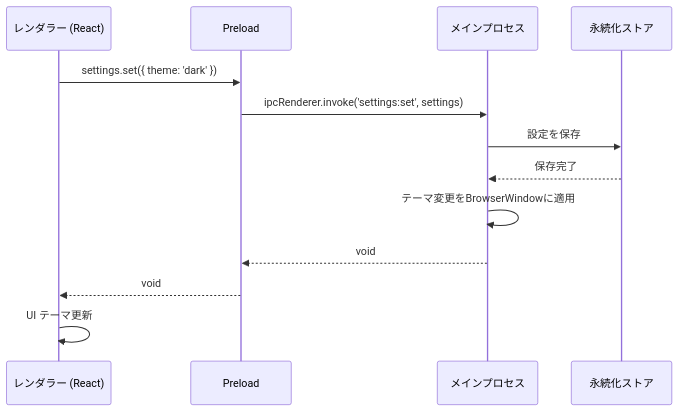
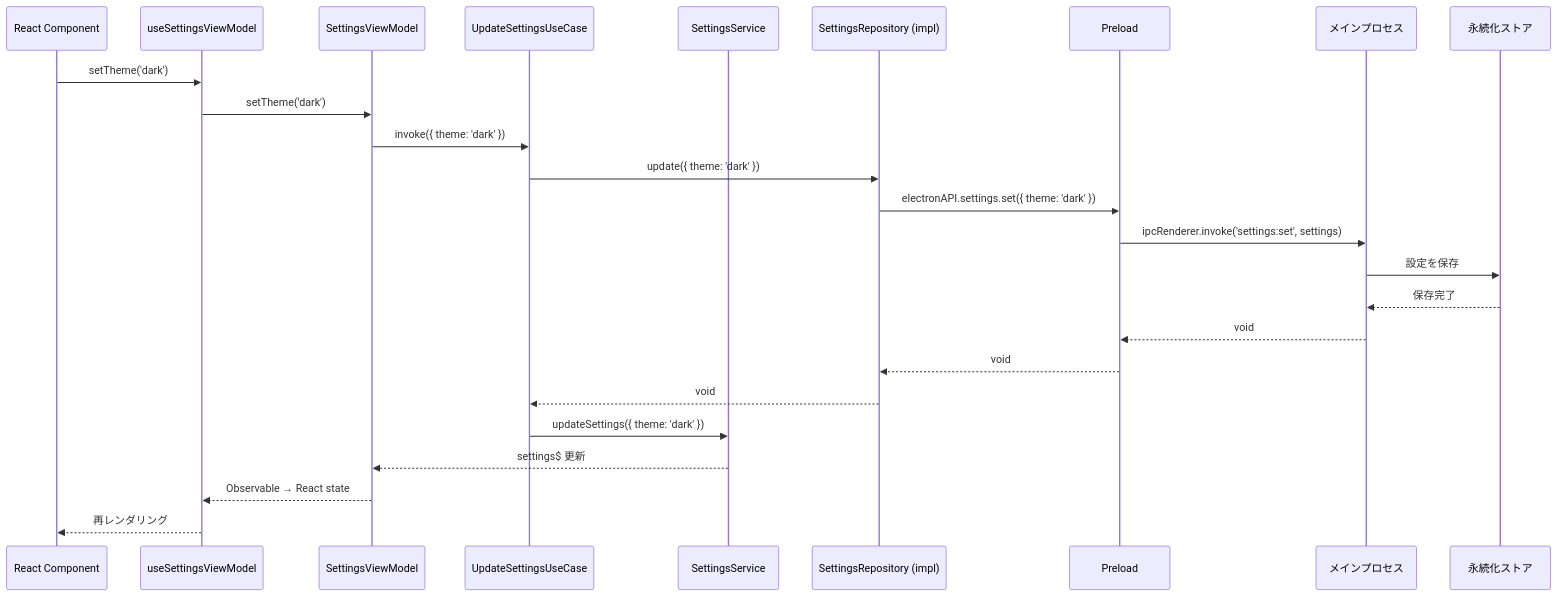
Before and after one commit to ToshikiImagawa/Buruma: the third of 3 diagrams in .sdd/specification/application-foundation_spec.md, drawn with Mermaid. The commit also changed other lines of this file and 33 other files, not shown here.

Commit message:
Enforce Prettier formatting and add typecheck, format, and format:check scripts in package.json; refactor the codebase for consistent styling with updated ESLint and Prettier integration; add useObservable hook and comprehensive test coverage

````diff
--- a/.sdd/specification/application-foundation_spec.md
+++ b/.sdd/specification/application-foundation_spec.md
@@ -251,16 +425,28 @@
 ```mermaid
 sequenceDiagram
-    participant Renderer as レンダラー (React)
+    participant Component as React Component
+    participant Hook as useSettingsViewModel
+    participant VM as SettingsViewModel
+    participant UC as UpdateSettingsUseCase
+    participant Svc as SettingsService
+    participant Repo as SettingsRepository (impl)
     participant Preload as Preload
     participant Main as メインプロセス
     participant Store as 永続化ストア
 
-    Renderer ->> Preload: settings.set({ theme: 'dark' })
+    Component ->> Hook: setTheme('dark')
+    Hook ->> VM: setTheme('dark')
+    VM ->> UC: invoke({ theme: 'dark' })
+    UC ->> Repo: update({ theme: 'dark' })
+    Repo ->> Preload: electronAPI.settings.set({ theme: 'dark' })
     Preload ->> Main: ipcRenderer.invoke('settings:set', settings)
     Main ->> Store: 設定を保存
     Store -->> Main: 保存完了
-    Main ->> Main: テーマ変更をBrowserWindowに適用
     Main -->> Preload: void
-    Preload -->> Renderer: void
-    Renderer ->> Renderer: UI テーマ更新
+    Preload -->> Repo: void
+    Repo -->> UC: void
+    UC ->> Svc: updateSettings({ theme: 'dark' })
+    Svc -->> VM: settings$ 更新
+    VM -->> Hook: Observable → React state
+    Hook -->> Component: 再レンダリング
 ```
````
